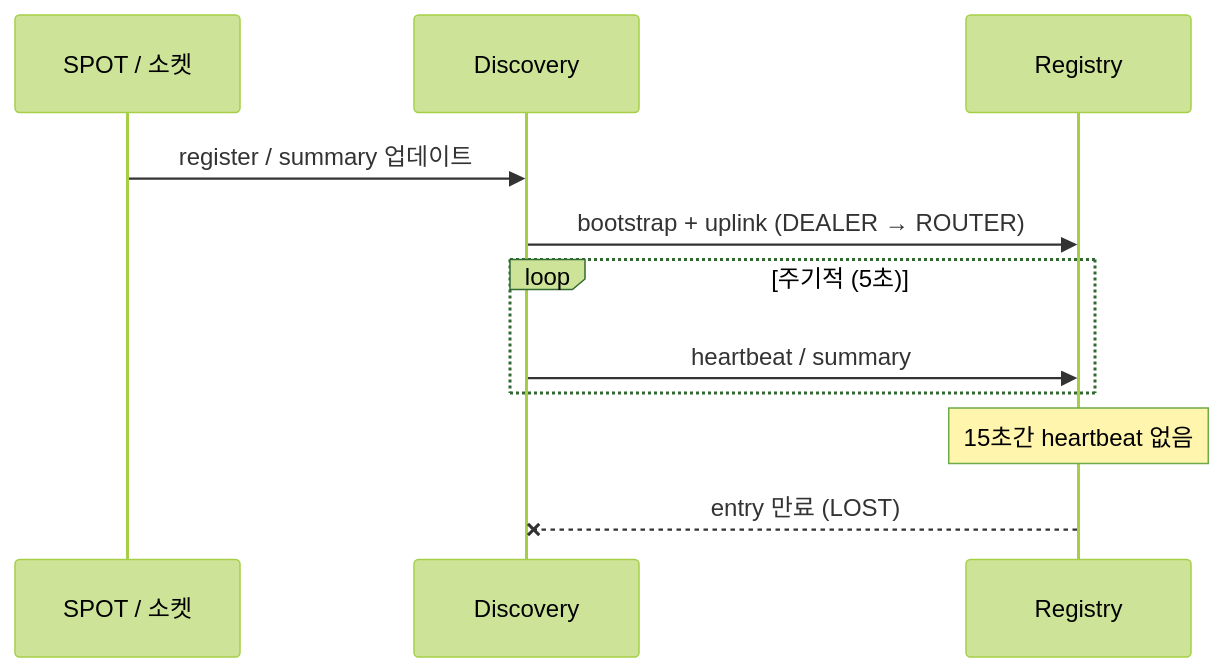
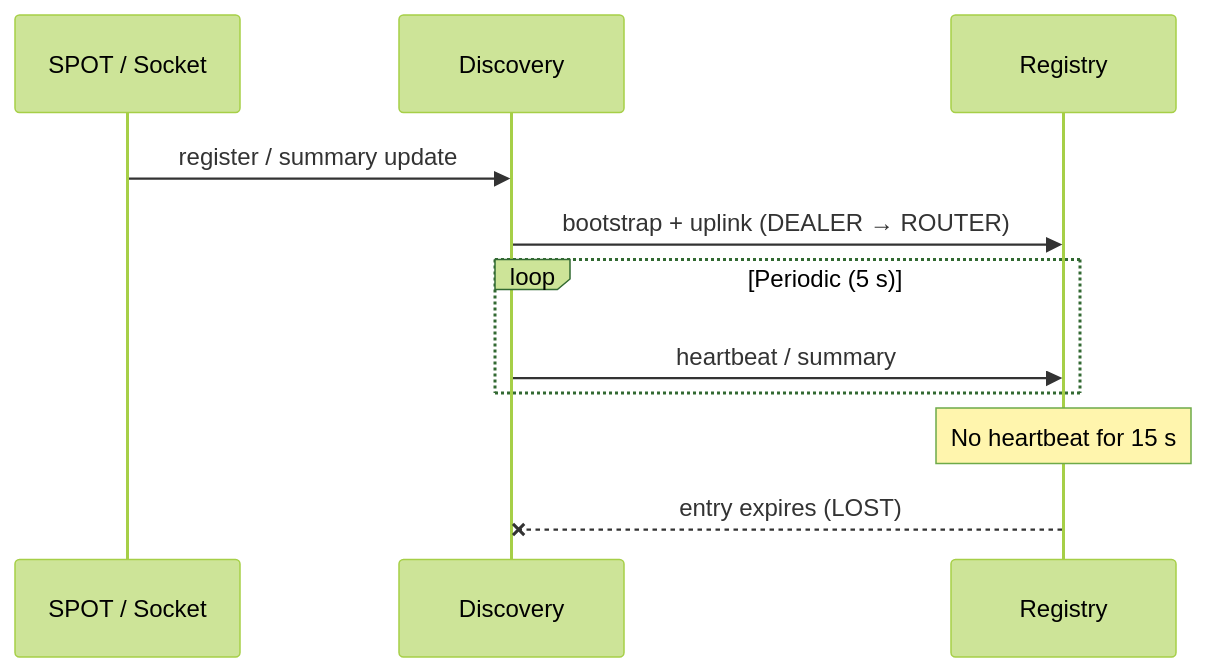
Before and after one commit to kairos-code-dev/zlink: the third of 3 diagrams in doc/guide/07-1-discovery.ko.md, drawn with Mermaid (forest theme). The commit also changed other lines of this file and 53 other files, not shown here.

````diff
--- a/doc/guide/07-1-discovery.ko.md
+++ b/doc/guide/07-1-discovery.ko.md
@@ -259,16 +259,16 @@
 ```mermaid
 sequenceDiagram
-    participant Svc as SPOT / 소켓
+    participant Svc as SPOT / Socket
     participant Disc as Discovery
     participant Reg as Registry
 
-    Svc->>Disc: register / summary 업데이트
+    Svc->>Disc: register / summary update
     Disc->>Reg: bootstrap + uplink (DEALER → ROUTER)
 
-    loop 주기적 (5초)
+    loop Periodic (5 s)
         Disc->>Reg: heartbeat / summary
     end
 
-    Note over Reg: 15초간 heartbeat 없음
-    Reg--xDisc: entry 만료 (LOST)
+    Note over Reg: No heartbeat for 15 s
+    Reg--xDisc: entry expires (LOST)
 ```
````
